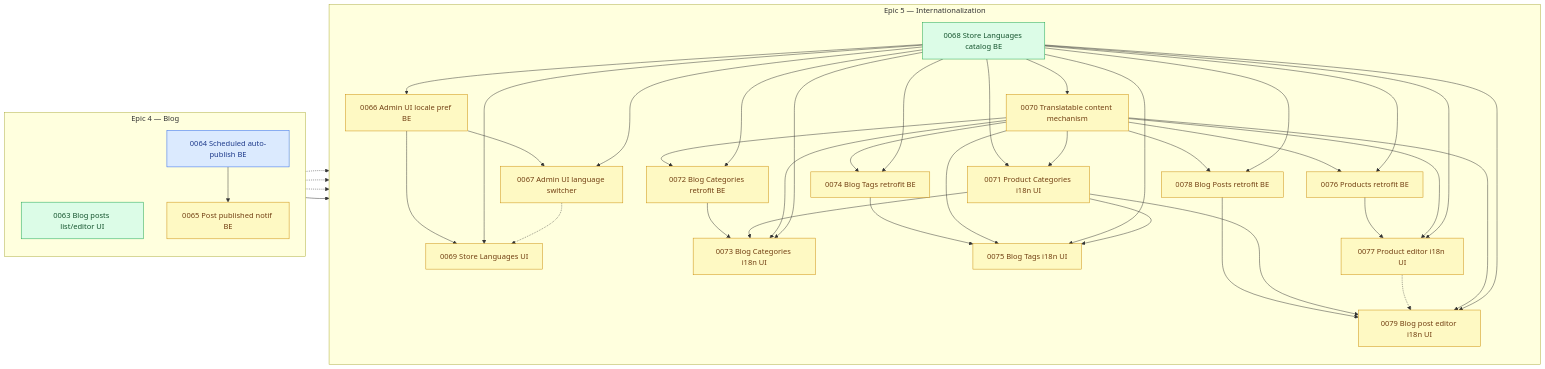
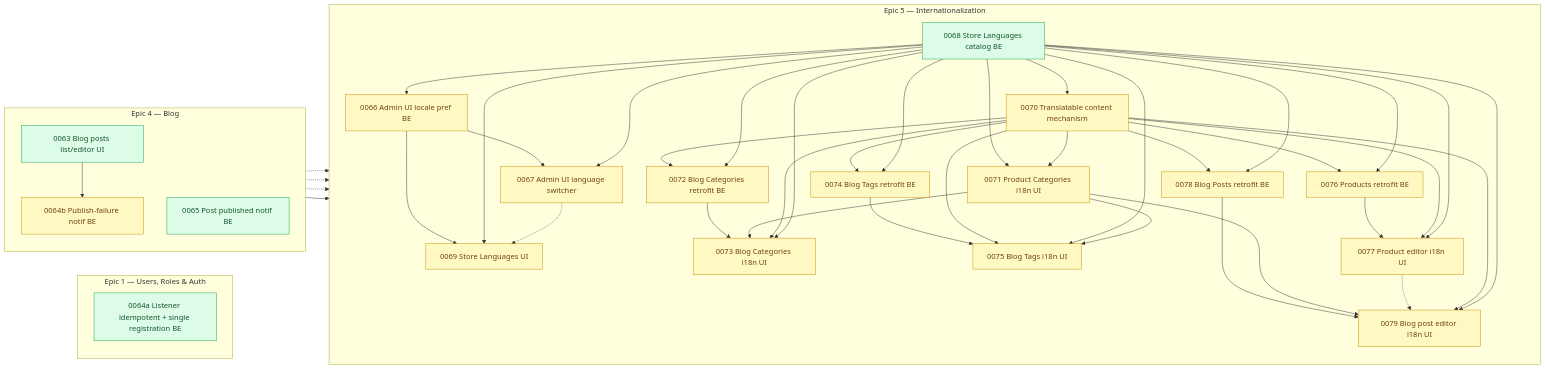
One commit to shojen/AI4Devs-finalproject changed the diagram in arospe/ai-spec/tasks-map.md. Above: the diagram before and after it, drawn with Mermaid. The commit also changed other lines of this file and 7 other files, not shown here.

````diff
--- a/arospe/ai-spec/tasks-map.md
+++ b/arospe/ai-spec/tasks-map.md
@@ -266,10 +269,15 @@
     classDef ready fill:#dcfce7,stroke:#16a34a,color:#14532d,stroke-width:1px;
     classDef claimed fill:#dbeafe,stroke:#2563eb,color:#1e3a8a,stroke-width:1px;
 
+    subgraph PEND_AUTH["Epic 1 — Users, Roles & Auth"]
+        direction TB
+        P0064a["0064a Listener idempotent + single registration BE"]
+    end
+
     subgraph PEND_BLOG["Epic 4 — Blog"]
         direction TB
         P0063["0063 Blog posts list/editor UI"]
-        P0064["0064 Scheduled auto-publish BE"]
+        P0064b["0064b Publish-failure notif BE"]
         P0065["0065 Post published notif BE"]
     end
 
@@ -321,7 +329,7 @@
     %% Blog
     %% (P0061 --> P0062/P0063/P0064/P0065/P0078 dropped: 0061 closed to done/ this pass, so its node
     %% and every edge touching it are removed; 0062/0063/0064 had no other incoming edge and are now ready)
-    P0064 --> P0065
+    P0063 --> P0064b
 
     %% i18n
     P0068 --> P0066
@@ -362,7 +370,6 @@
     P0070 --> P0079
     P0068 --> P0079
 
-    class P0065,P0066,P0067,P0069,P0070,P0071,P0072,P0073,P0074,P0075,P0076,P0077,P0078,P0079 pending;
-    class P0063,P0068 ready;
-    class P0064 claimed;
+    class P0064b,P0066,P0067,P0069,P0070,P0071,P0072,P0073,P0074,P0075,P0076,P0077,P0078,P0079 pending;
+    class P0063,P0064a,P0065,P0068 ready;
 ```
````
